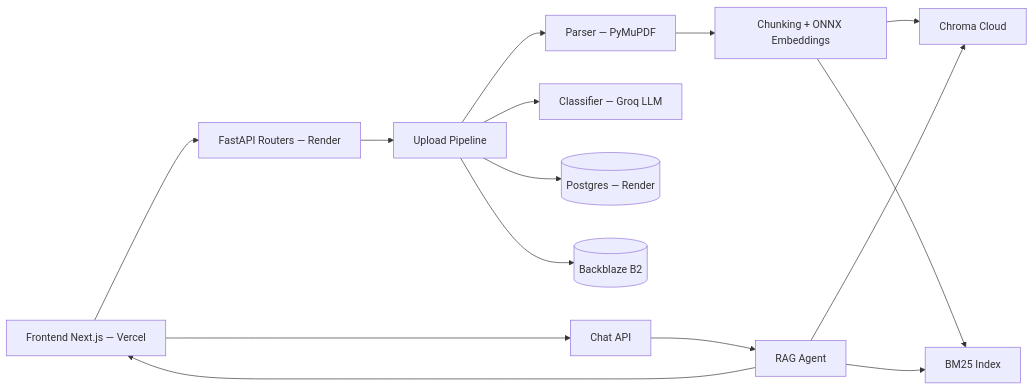
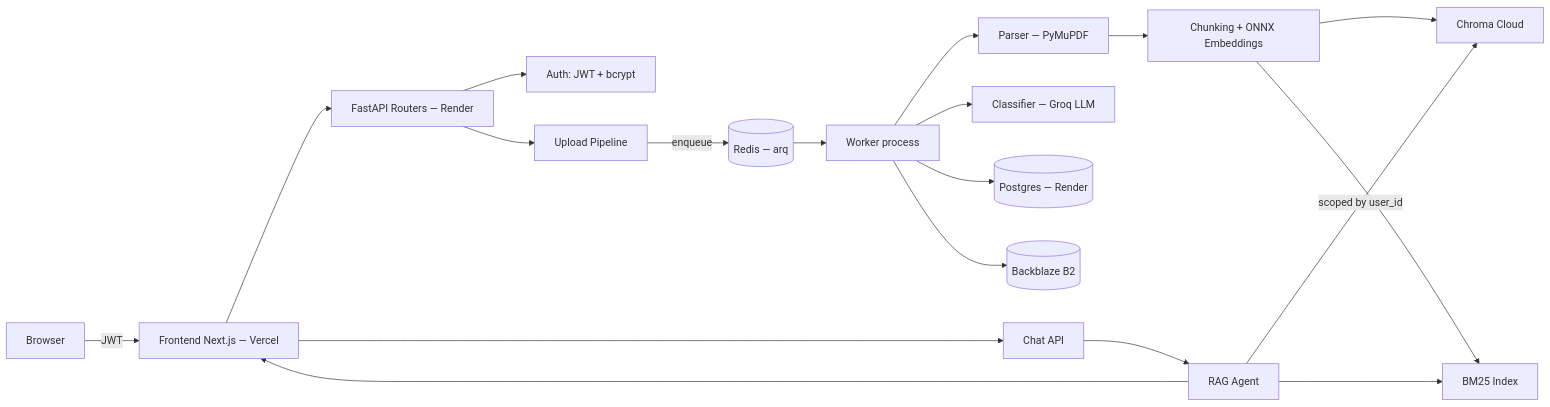
One commit to ankitnegi-dev/DocIntel changed the diagram in README.md. Above: the diagram before and after it, drawn with Mermaid. The commit also changed other lines of this file, not shown here.

Commit message:
docs: document authentication and job queue architecture, including production Redis decision

````diff
--- a/README.md
+++ b/README.md
@@ -61,17 +65,21 @@
 ```mermaid
 flowchart LR
-    A[Frontend Next.js — Vercel] --> B[FastAPI Routers — Render]
+    U[Browser] -->|JWT| A[Frontend Next.js — Vercel]
+    A --> B[FastAPI Routers — Render]
+    B --> AUTH[Auth: JWT + bcrypt]
     B --> C[Upload Pipeline]
-    C --> D[Parser — PyMuPDF]
-    C --> E[Classifier — Groq LLM]
+    C -->|enqueue| Q[(Redis — arq)]
+    Q --> W[Worker process]
+    W --> D[Parser — PyMuPDF]
+    W --> E[Classifier — Groq LLM]
     D --> F[Chunking + ONNX Embeddings]
     F --> G[Chroma Cloud]
     F --> H[BM25 Index]
-    C --> P[(Postgres — Render)]
-    C --> S[(Backblaze B2)]
+    W --> P[(Postgres — Render)]
+    W --> S[(Backblaze B2)]
     A --> I[Chat API]
     I --> J[RAG Agent]
-    J --> G
+    J -->|scoped by user_id| G
     J --> H
     J --> A
 ```
````
